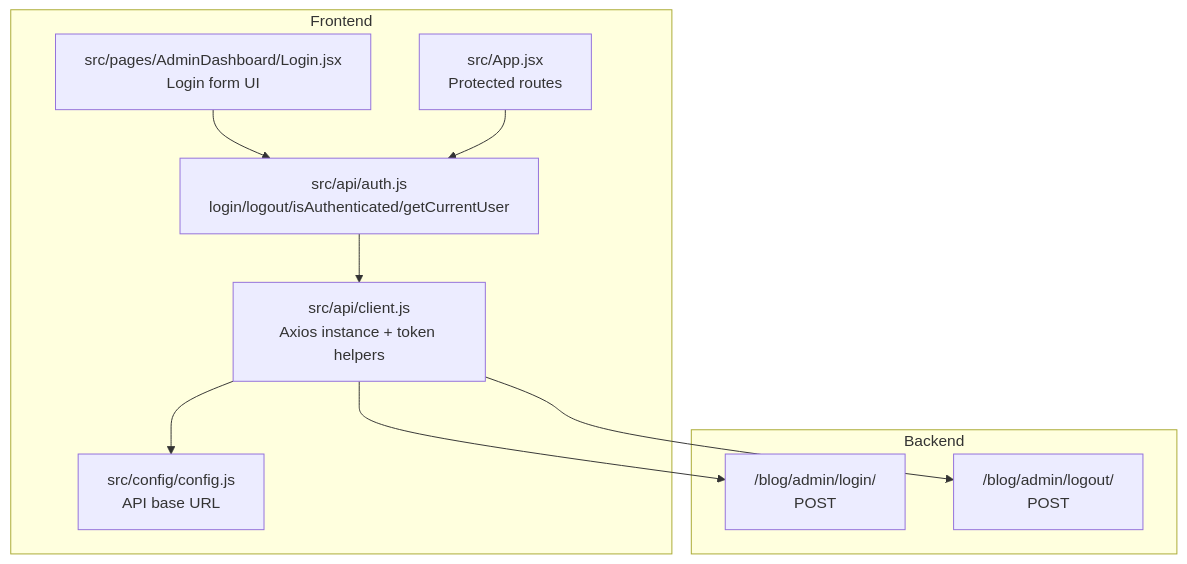
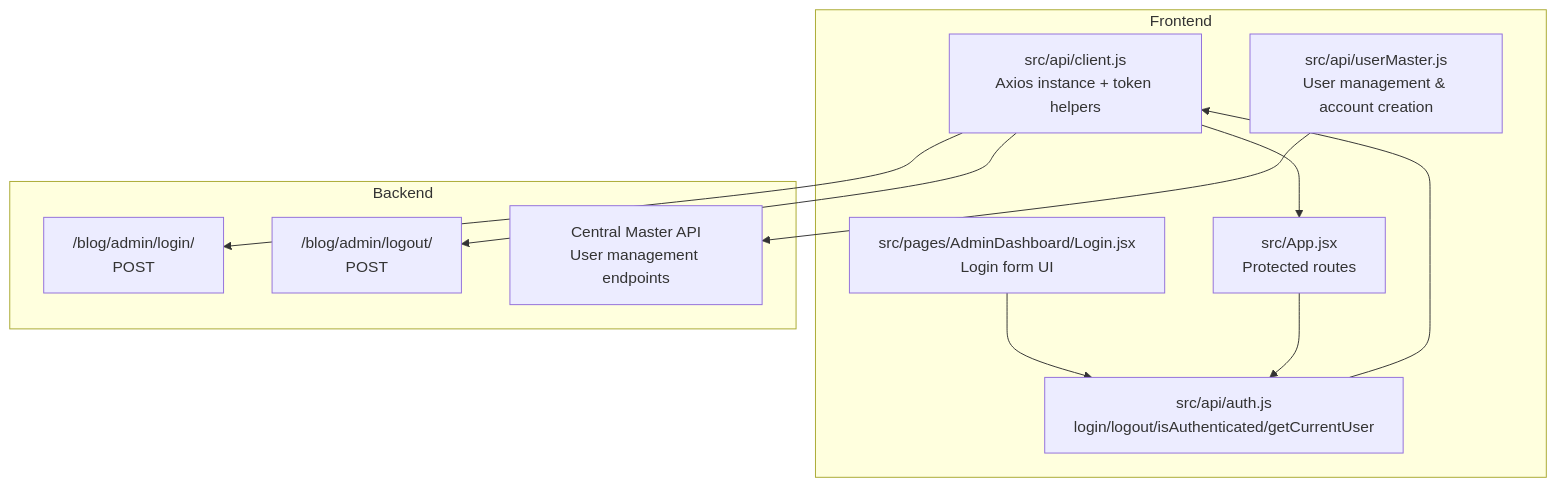
The first of 7 diagrams in .qoder/repowiki/en/content/API Integration Layer/Authentication API.md (imcbsglobal/TRELLISCO_ERP_FRONTEND), drawn with Mermaid before and after one commit. The commit also changed other lines of this file and 29 other files, not shown here.

````diff
--- a/.qoder/repowiki/en/content/API Integration Layer/Authentication API.md
+++ b/.qoder/repowiki/en/content/API Integration Layer/Authentication API.md
@@ -32,20 +40,22 @@
 ```mermaid
 graph TB
 subgraph "Frontend"
 A["src/api/client.js<br/>Axios instance + token helpers"]
 B["src/api/auth.js<br/>login/logout/isAuthenticated/getCurrentUser"]
-C["src/pages/AdminDashboard/Login.jsx<br/>Login form UI"]
-D["src/App.jsx<br/>Protected routes"]
-E["src/config/config.js<br/>API base URL"]
+C["src/api/userMaster.js<br/>User management & account creation"]
+D["src/pages/AdminDashboard/Login.jsx<br/>Login form UI"]
+E["src/App.jsx<br/>Protected routes"]
 end
 subgraph "Backend"
 F["/blog/admin/login/<br/>POST"]
 G["/blog/admin/logout/<br/>POST"]
+H["Central Master API<br/>User management endpoints"]
 end
-C --> B
+D --> B
 B --> A
 A --> F
 A --> G
-D --> B
+C --> H
+E --> B
 A --> E
 ```
````
